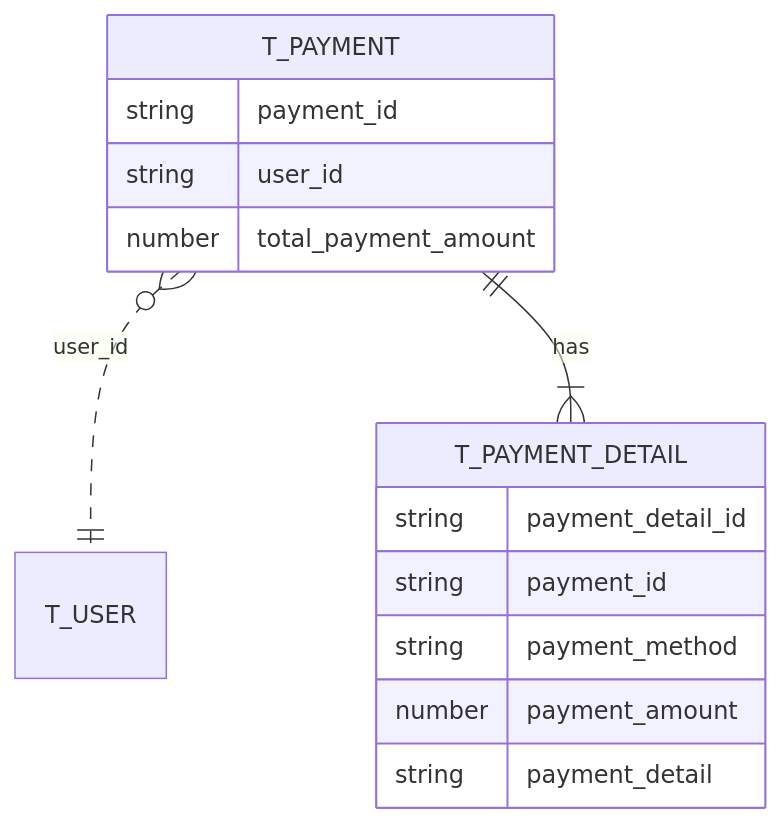
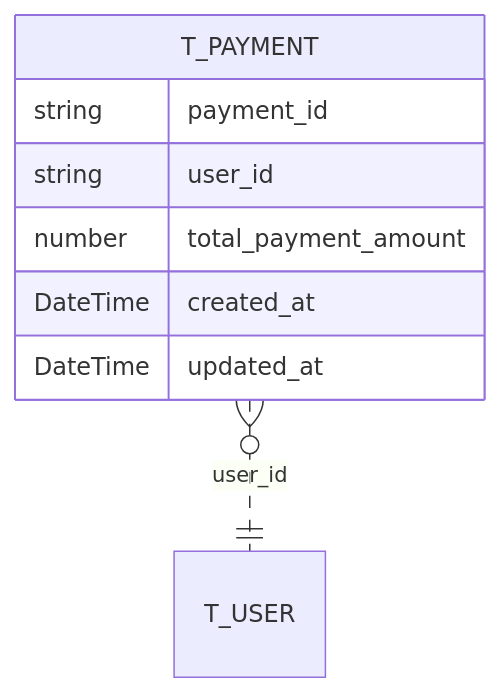
The fifth of 6 diagrams in docs/system-design/03-erd.md (citron0137/Voyage-Shop), drawn with Mermaid before and after one commit. The commit also changed other lines of this file and 1 other file, not shown here.

````diff
--- a/docs/system-design/03-erd.md
+++ b/docs/system-design/03-erd.md
@@ -64,19 +72,12 @@
 ```mermaid
 erDiagram
     T_PAYMENT {
         string payment_id
         string user_id
         number total_payment_amount 
-    }
-    
-    T_PAYMENT_DETAIL {
-        string payment_detail_id
-        string payment_id
-        string payment_method
-        number payment_amount 
-        string payment_detail
+        DateTime created_at
+        DateTime updated_at
     }
 
     T_PAYMENT }o..|| T_USER: user_id 
-    T_PAYMENT ||--|{T_PAYMENT_DETAIL: has
 ```
````
